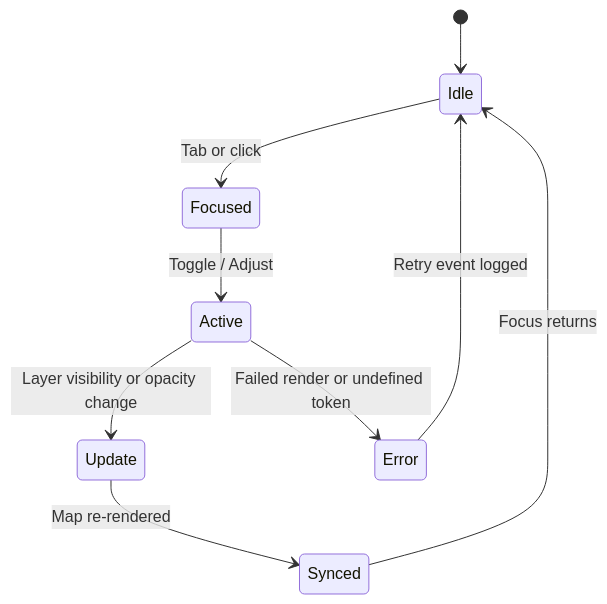
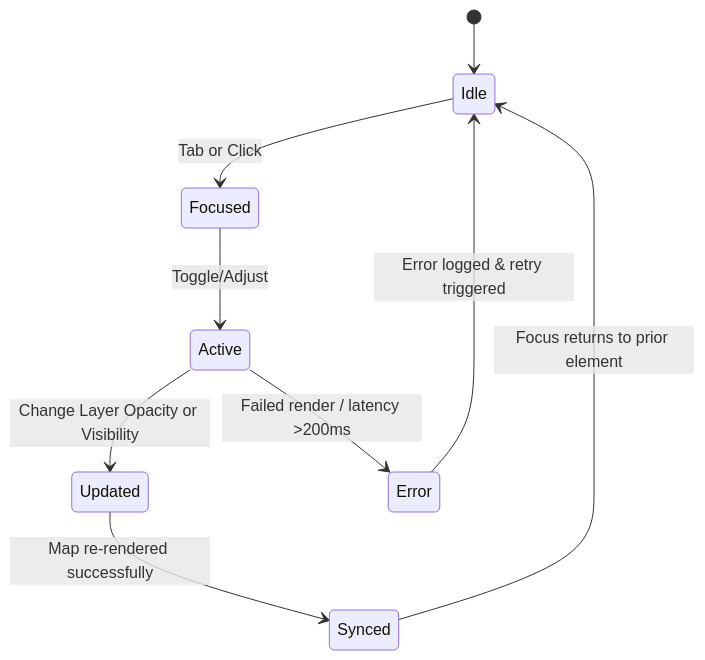
Before and after one commit to bartytime4life/Kansas-Frontier-Matrix: the second of 3 diagrams in docs/design/reviews/ui_components/map_controls.md, drawn with Mermaid. The commit also changed other lines of this file, not shown here.

````diff
--- a/docs/design/reviews/ui_components/map_controls.md
+++ b/docs/design/reviews/ui_components/map_controls.md
@@ -133,11 +134,11 @@
 ```mermaid
 stateDiagram-v2
   [*] --> Idle
-  Idle --> Focused : Tab or click
-  Focused --> Active : Toggle / Adjust
-  Active --> Update : Layer visibility or opacity change
-  Update --> Synced : Map re-rendered
-  Synced --> Idle : Focus returns
-  Active --> Error : Failed render or undefined token
-  Error --> Idle : Retry event logged
+  Idle --> Focused : Tab or Click
+  Focused --> Active : Toggle/Adjust
+  Active --> Updated : Change Layer Opacity or Visibility
+  Updated --> Synced : Map re-rendered successfully
+  Synced --> Idle : Focus returns to prior element
+  Active --> Error : Failed render / latency >200ms
+  Error --> Idle : Error logged & retry triggered
 ```
````
